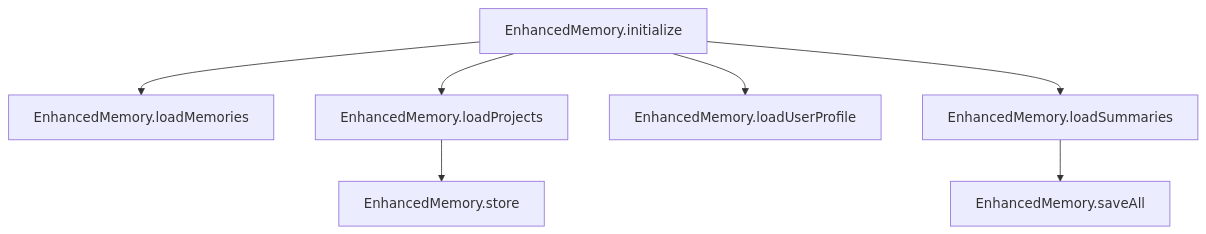
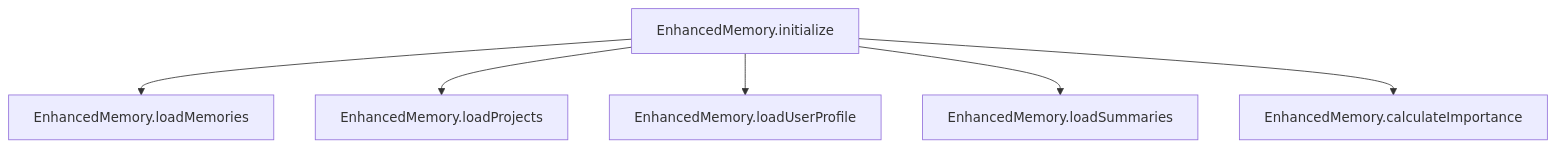
One commit to Zeeeepa/code-buddy changed the diagram in .codebuddy/docs/3c-shared-utilities-context-window.md. Above: the diagram before and after it, drawn with Mermaid. The commit also changed other lines of this file and 29 other files, not shown here.

````diff
--- a/.codebuddy/docs/3c-shared-utilities-context-window.md
+++ b/.codebuddy/docs/3c-shared-utilities-context-window.md
@@ -23,9 +11,15 @@
 ```mermaid
 graph TD
-    Init["EnhancedMemory.initialize"] --> LoadMem["EnhancedMemory.loadMemories"]
-    Init --> LoadProj["EnhancedMemory.loadProjects"]
-    Init --> LoadUser["EnhancedMemory.loadUserProfile"]
-    Init --> LoadSum["EnhancedMemory.loadSummaries"]
-    LoadProj --> Store["EnhancedMemory.store"]
-    LoadSum --> Save["EnhancedMemory.saveAll"]
+    Init["EnhancedMemory.initialize"]
+    Mem["EnhancedMemory.loadMemories"]
+    Proj["EnhancedMemory.loadProjects"]
+    User["EnhancedMemory.loadUserProfile"]
+    Sum["EnhancedMemory.loadSummaries"]
+    Calc["EnhancedMemory.calculateImportance"]
+
+    Init --> Mem
+    Init --> Proj
+    Init --> User
+    Init --> Sum
+    Init --> Calc
 ```
````
